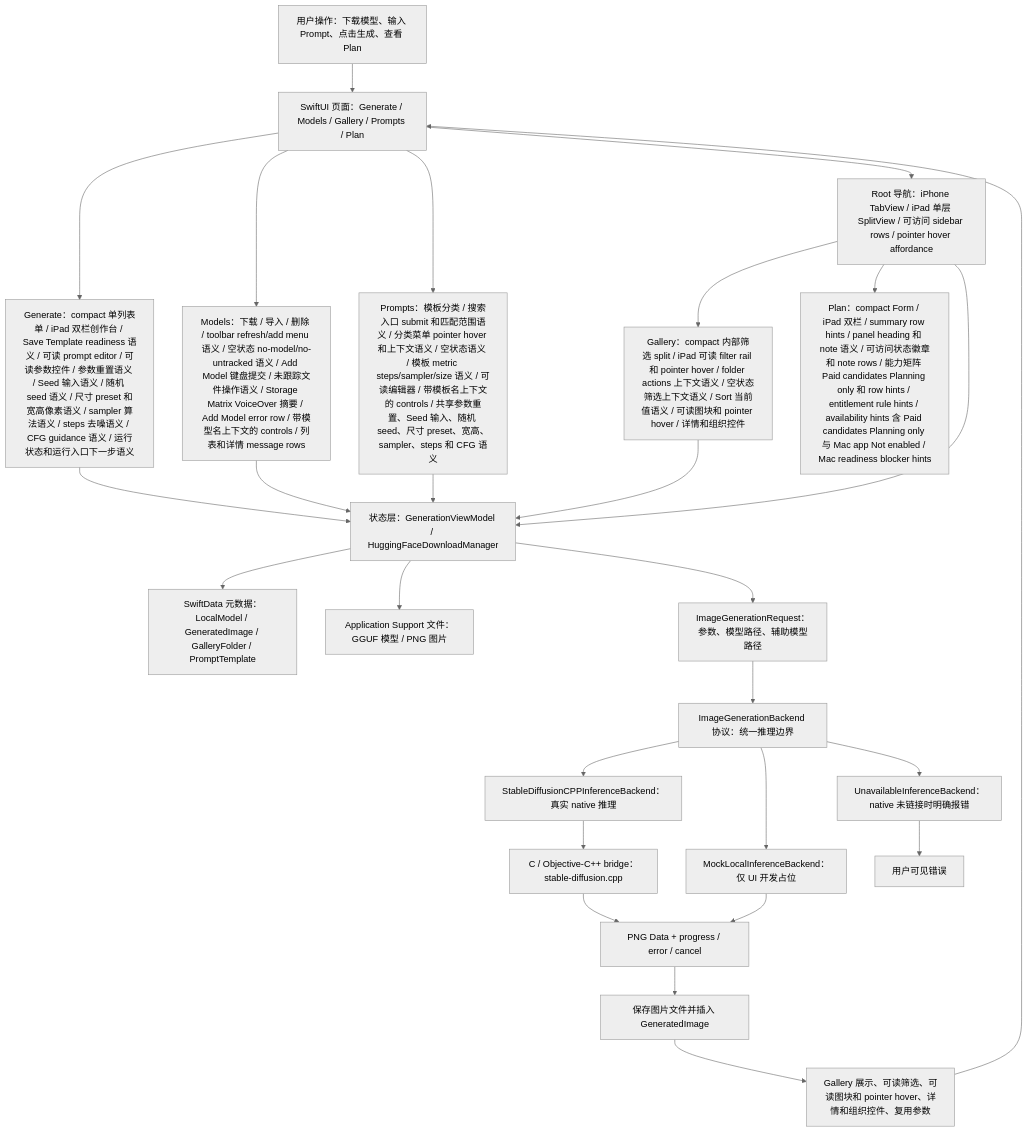
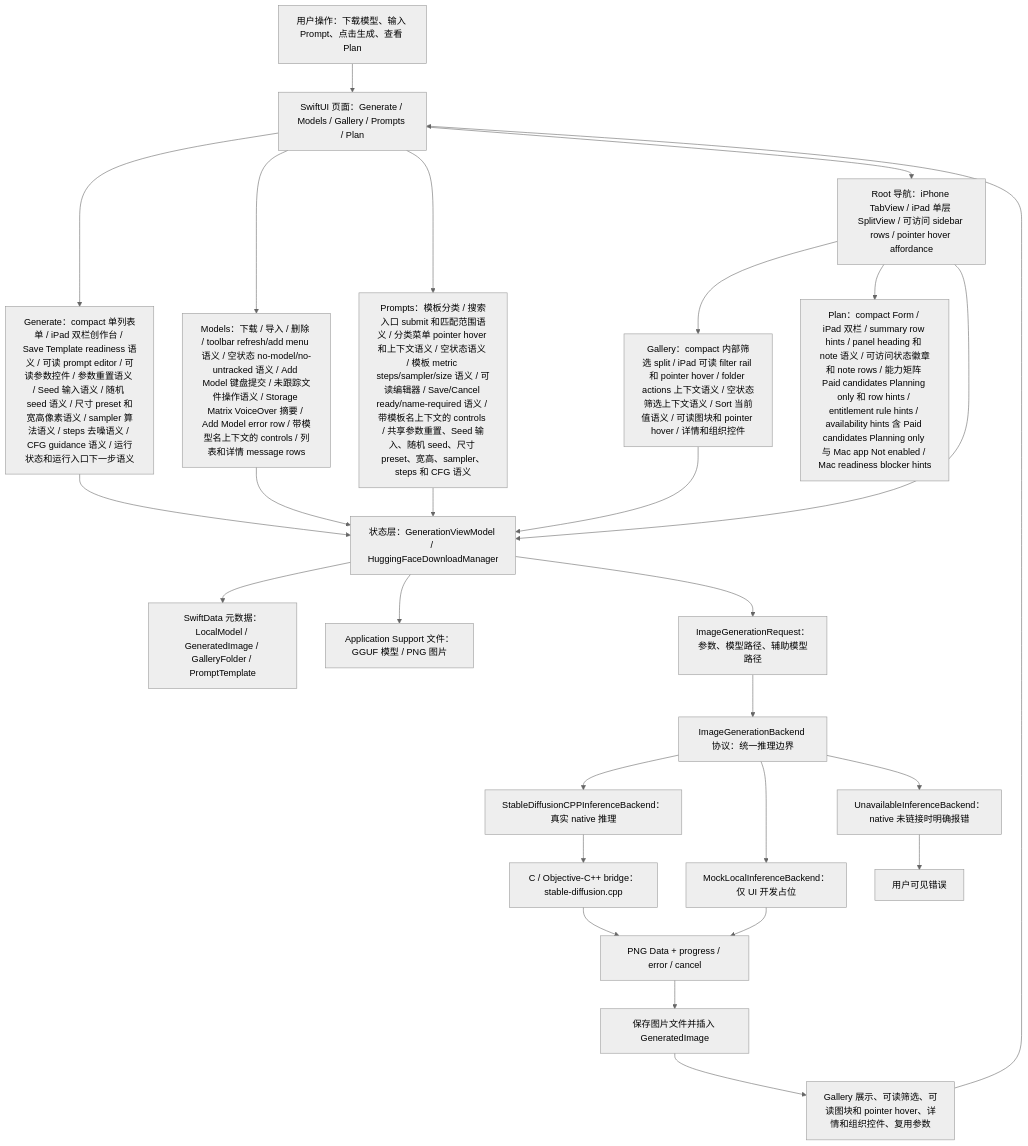
The first of 7 diagrams in md/flow/flowchart.md (Altman-sam114/118), drawn with Mermaid (neutral theme) before and after one commit. The commit also changed 5 other files, not shown here.

````diff
--- a/md/flow/flowchart.md
+++ b/md/flow/flowchart.md
@@ -9,29 +9,29 @@
 ```mermaid
 flowchart TD
   U["用户操作：下载模型、输入 Prompt、点击生成、查看 Plan"] --> UI["SwiftUI 页面：Generate / Models / Gallery / Prompts / Plan"]
   UI --> GENUI["Generate：compact 单列表单 / iPad 双栏创作台 / Save Template readiness 语义 / 可读 prompt editor / 可读参数控件 / 参数重置语义 / Seed 输入语义 / 随机 seed 语义 / 尺寸 preset 和宽高像素语义 / sampler 算法语义 / steps 去噪语义 / CFG guidance 语义 / 运行状态和运行入口下一步语义"]
   UI --> MODELUI["Models：下载 / 导入 / 删除 / toolbar refresh/add menu 语义 / 空状态 no-model/no-untracked 语义 / Add Model 键盘提交 / 未跟踪文件操作语义 / Storage Matrix VoiceOver 摘要 / Add Model error row / 带模型名上下文的 controls / 列表和详情 message rows"]
-  UI --> PROMPTUI["Prompts：模板分类 / 搜索入口 submit 和匹配范围语义 / 分类菜单 pointer hover 和上下文语义 / 空状态语义 / 模板 metric steps/sampler/size 语义 / 可读编辑器 / 带模板名上下文的 controls / 共享参数重置、Seed 输入、随机 seed、尺寸 preset、宽高、sampler、steps 和 CFG 语义"]
+  UI --> PROMPTUI["Prompts：模板分类 / 搜索入口 submit 和匹配范围语义 / 分类菜单 pointer hover 和上下文语义 / 空状态语义 / 模板 metric steps/sampler/size 语义 / 可读编辑器 / Save/Cancel ready/name-required 语义 / 带模板名上下文的 controls / 共享参数重置、Seed 输入、随机 seed、尺寸 preset、宽高、sampler、steps 和 CFG 语义"]
   UI --> NAV["Root 导航：iPhone TabView / iPad 单层 SplitView / 可访问 sidebar rows / pointer hover affordance"]
   NAV --> GALUI["Gallery：compact 内部筛选 split / iPad 可读 filter rail 和 pointer hover / folder actions 上下文语义 / 空状态筛选上下文语义 / Sort 当前值语义 / 可读图块和 pointer hover / 详情和组织控件"]
   NAV --> PLANUI["Plan：compact Form / iPad 双栏 / summary row hints / panel heading 和 note 语义 / 可访问状态徽章和 note rows / 能力矩阵 Paid candidates Planning only 和 row hints / entitlement rule hints / availability hints 含 Paid candidates Planning only 与 Mac app Not enabled / Mac readiness blocker hints"]
   NAV --> VM["状态层：GenerationViewModel / HuggingFaceDownloadManager"]
   GENUI --> VM
   MODELUI --> VM
   PROMPTUI --> VM
   GALUI --> VM
   VM --> SD["SwiftData 元数据：LocalModel / GeneratedImage / GalleryFolder / PromptTemplate"]
   VM --> FS["Application Support 文件：GGUF 模型 / PNG 图片"]
   VM --> REQ["ImageGenerationRequest：参数、模型路径、辅助模型路径"]
   REQ --> IFACE["ImageGenerationBackend 协议：统一推理边界"]
   IFACE --> NATIVE["StableDiffusionCPPInferenceBackend：真实 native 推理"]
   IFACE --> MOCK["MockLocalInferenceBackend：仅 UI 开发占位"]
   IFACE --> OFF["UnavailableInferenceBackend：native 未链接时明确报错"]
   NATIVE --> BRIDGE["C / Objective-C++ bridge：stable-diffusion.cpp"]
   BRIDGE --> PNG["PNG Data + progress / error / cancel"]
   MOCK --> PNG
   OFF --> ERR["用户可见错误"]
   PNG --> SAVE["保存图片文件并插入 GeneratedImage"]
   SAVE --> GALLERY["Gallery 展示、可读筛选、可读图块和 pointer hover、详情和组织控件、复用参数"]
   GALLERY --> UI
 ```
````
